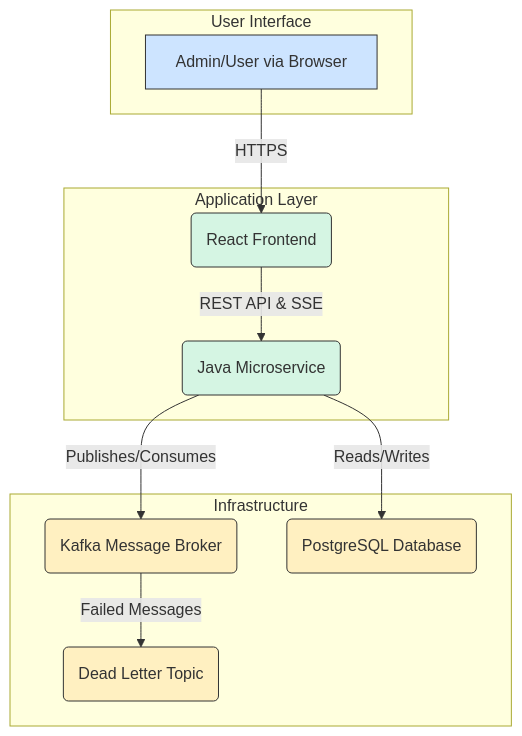
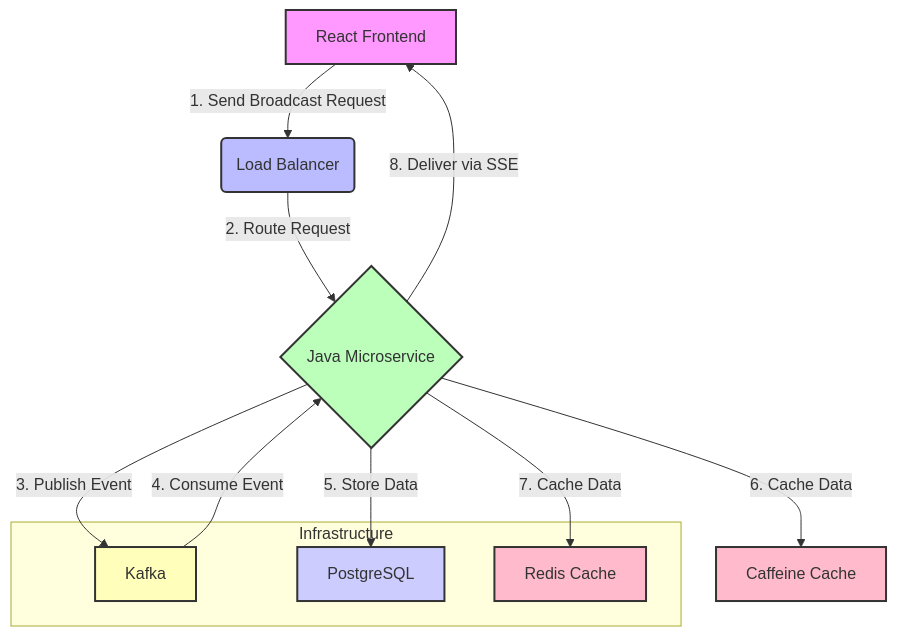
One commit to rsrini7/Notification-SSE-GLM-Flux changed the diagram in docs/index.md. Above: the diagram before and after it, drawn with Mermaid. The commit also changed other lines of this file and 11 other files, not shown here.

````diff
--- a/docs/index.md
+++ b/docs/index.md
@@ -11,31 +16,25 @@
 ```mermaid
 graph TD
-    A[Admin/User via Browser] -->|HTTPS| B(React Frontend);
-    B -->|REST API & SSE| C(Java Microservice);
-    C -->|Publishes/Consumes| D(Kafka Message Broker);
-    C -->|Reads/Writes| E(PostgreSQL Database);
-    D -->|Failed Messages| F(Dead Letter Topic);
+    A[React Frontend] -->|1. Send Broadcast Request| B(Load Balancer)
+    B -->|2. Route Request| C{Java Microservice}
+    C -->|3. Publish Event| D[Kafka]
+    D -->|4. Consume Event| C
+    C -->|5. Store Data| E[PostgreSQL]
+    C -->|6. Cache Data| F[Caffeine Cache]
+    C -->|7. Cache Data| G[Redis Cache]
+    C -->|8. Deliver via SSE| A
 
-    subgraph "User Interface"
-        A
+    subgraph Infrastructure
+        D
+        E
+        G
     end
 
-    subgraph "Application Layer"
-        B
-        C
-    end
-
-    subgraph "Infrastructure"
-        D
-        E
-        F
-    end
-
-    classDef user fill:#cde4ff,stroke:#333;
-    classDef app fill:#d5f5e3,stroke:#333;
-    classDef infra fill:#fff0c1,stroke:#333;
-
-    class A user;
-    class B,C app;
-    class D,E,F infra;
+    style A fill:#f9f,stroke:#333,stroke-width:2px
+    style B fill:#bbf,stroke:#333,stroke-width:2px
+    style C fill:#bfb,stroke:#333,stroke-width:2px
+    style D fill:#ffb,stroke:#333,stroke-width:2px
+    style E fill:#ccf,stroke:#333,stroke-width:2px
+    style F fill:#fbc,stroke:#333,stroke-width:2px
+    style G fill:#fbc,stroke:#333,stroke-width:2px
 ```
````
